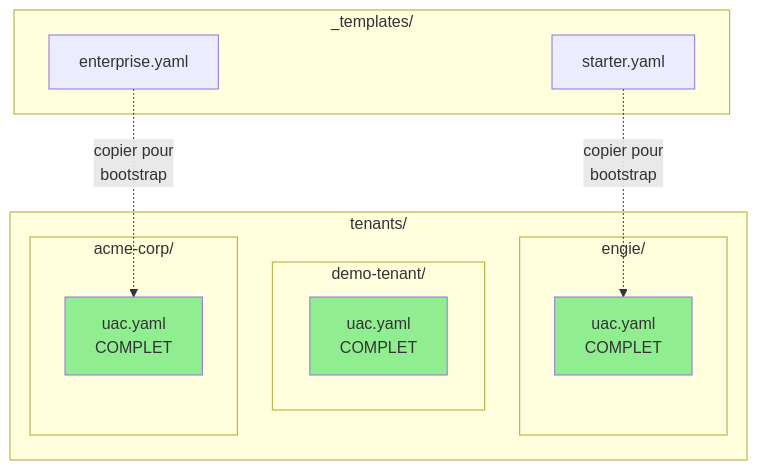
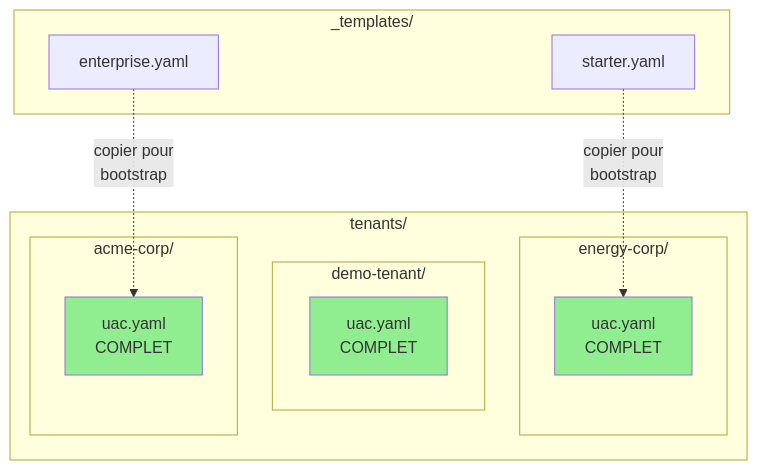
One commit to stoa-platform/stoa-docs changed the diagram in docs/architecture/adr/adr-022-uac-tenant-architecture.md. Above: the diagram before and after it, drawn with Mermaid. The commit also changed other lines of this file, not shown here.

````diff
--- a/docs/architecture/adr/adr-022-uac-tenant-architecture.md
+++ b/docs/architecture/adr/adr-022-uac-tenant-architecture.md
@@ -61,26 +61,26 @@
 ```mermaid
 flowchart TB
     subgraph Templates["_templates/"]
         T1[starter.yaml]
         T2[enterprise.yaml]
     end
 
     subgraph Tenants["tenants/"]
-        subgraph E["engie/"]
+        subgraph E["energy-corp/"]
             E1[uac.yaml<br/>COMPLET]
         end
         subgraph D["demo-tenant/"]
             D1[uac.yaml<br/>COMPLET]
         end
         subgraph A["acme-corp/"]
             A1[uac.yaml<br/>COMPLET]
         end
     end
 
     T1 -.->|"copier pour<br/>bootstrap"| E1
     T2 -.->|"copier pour<br/>bootstrap"| A1
 
     style E1 fill:#90EE90
     style D1 fill:#90EE90
     style A1 fill:#90EE90
 ```
````
